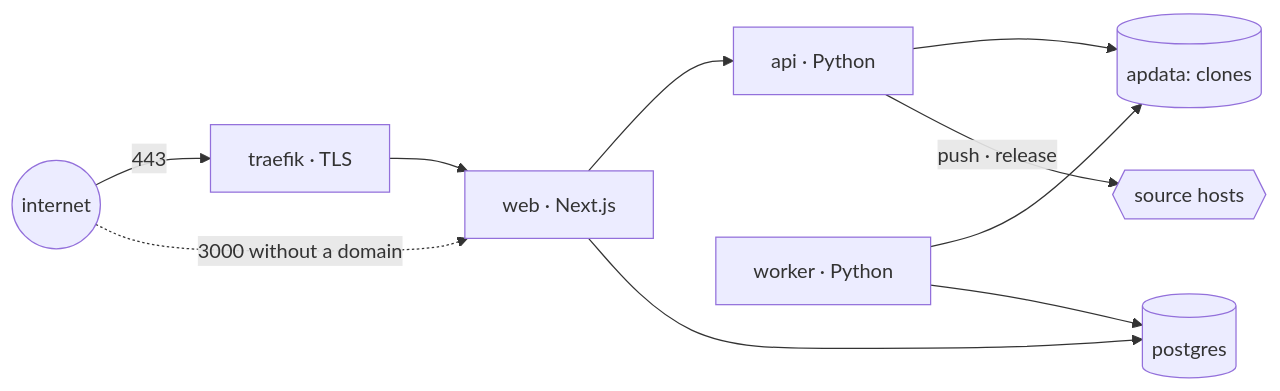
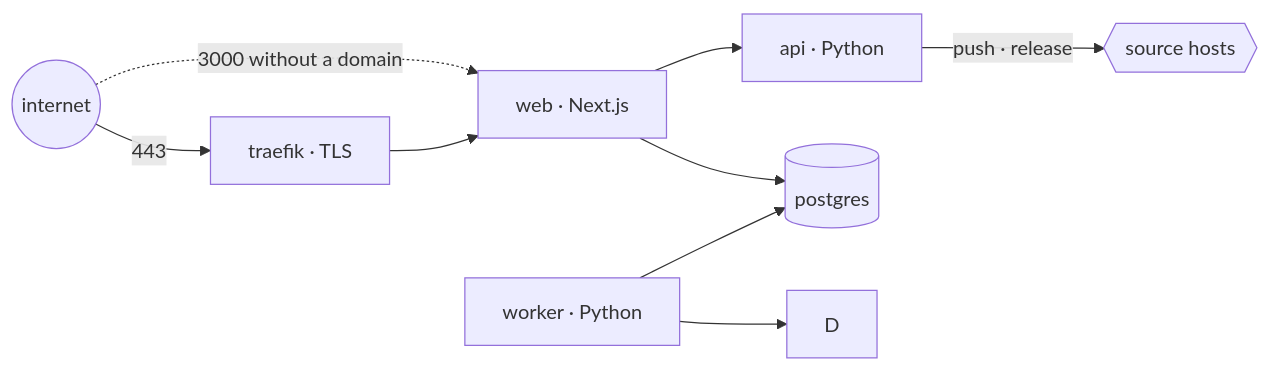
Before and after one commit to actionplatform/action-platform: the diagram in docs/start_self_hosting.md, drawn with Mermaid. The commit also changed other lines of this file and 7 other files, not shown here.

````diff
--- a/docs/start_self_hosting.md
+++ b/docs/start_self_hosting.md
@@ -50,12 +50,11 @@
 ```mermaid
 flowchart LR
     I((internet)) -->|443| T[traefik · TLS]
     I -.->|3000 without a domain| W
     T --> W[web · Next.js]
     W --> A[api · Python]
     W --> P[(postgres)]
-    A --> D[(apdata: clones)]
     K[worker · Python] --> D
     K --> P
     A -->|"push · release"| G{{source hosts}}
 ```
````
